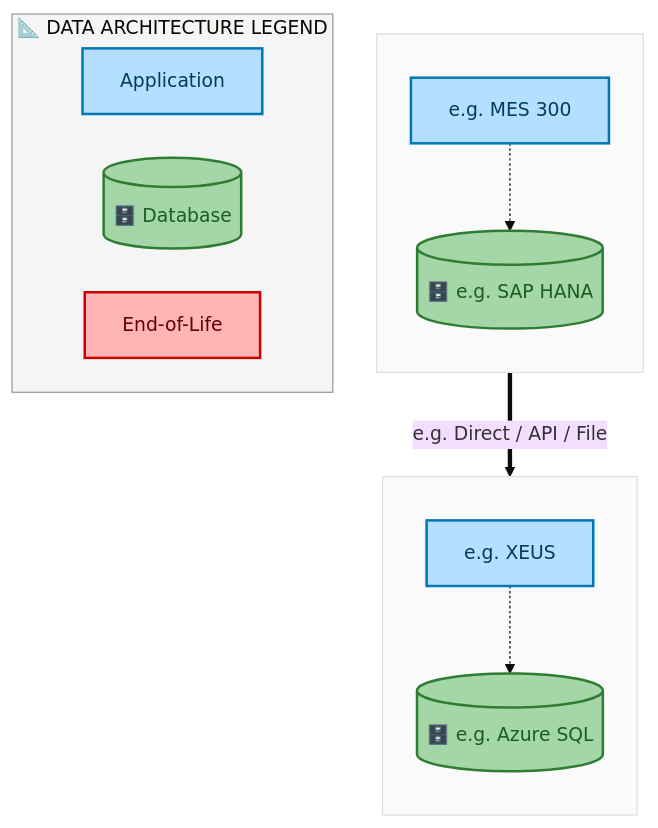
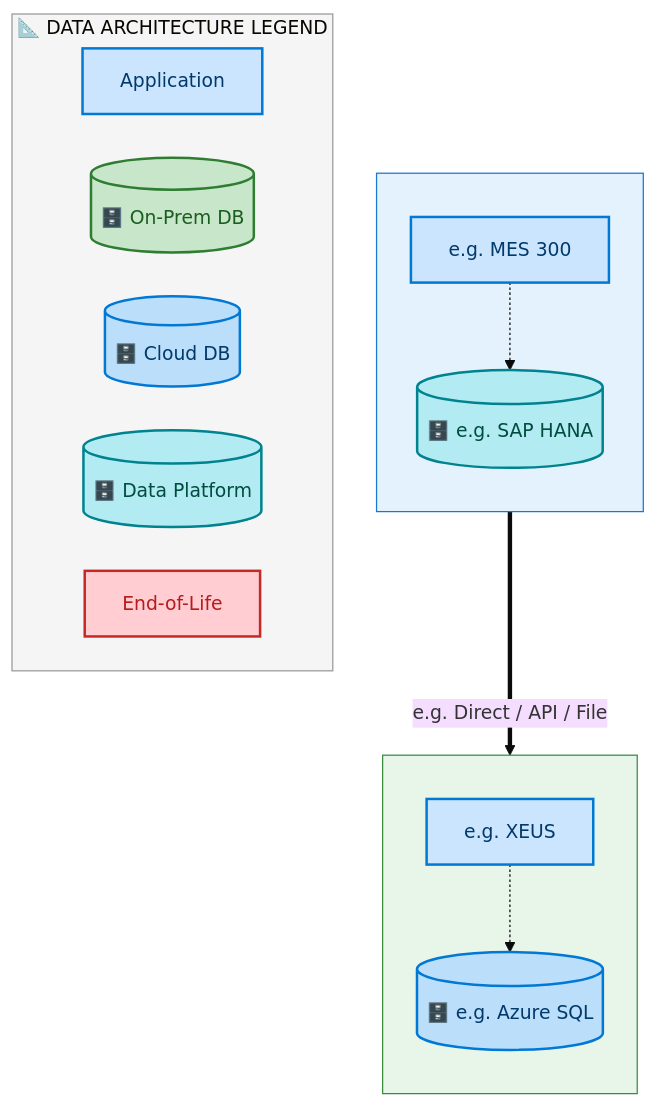
Before and after one commit to sajivfrancis777/IAO-Architecture: the fifth of 10 diagrams in towers/E2E/Forecast to Stock/E2E-76/output/docs/systems-architecture/E2E-76-Architecture.md, drawn with Mermaid. The commit also changed other lines of this file and 394 other files, not shown here.

First line of the commit message:
feat: structured layer ordering for Mermaid architecture diagrams

````diff
--- a/towers/E2E/Forecast to Stock/E2E-76/output/docs/systems-architecture/E2E-76-Architecture.md
+++ b/towers/E2E/Forecast to Stock/E2E-76/output/docs/systems-architecture/E2E-76-Architecture.md
@@ -873,33 +869,37 @@
 ```mermaid
 %%{init: {"theme": "base", "securityLevel": "loose", "themeVariables": {"fontSize": "15px", "fontFamily": "Segoe UI, Arial"}, "flowchart": {"useMaxWidth": false, "htmlLabels": true, "nodeSpacing": 35, "rankSpacing": 45}} }%%
 flowchart TB
-    classDef appBox fill:#B5DFFF,stroke:#0077B6,stroke-width:2px,color:#003D5B
-    classDef dbCyl fill:#A5D6A7,stroke:#2E7D32,stroke-width:2px,color:#1B5E20
-    classDef eolBox fill:#FFB5B5,stroke:#CC0000,stroke-width:2px,color:#660000
+    classDef appBox fill:#CCE5FF,stroke:#0078D4,stroke-width:2px,color:#003A6C
+    classDef dbCyl fill:#C8E6C9,stroke:#2E7D32,stroke-width:2px,color:#1B5E20
+    classDef dbCloud fill:#BBDEFB,stroke:#0078D4,stroke-width:2px,color:#003A6C
+    classDef dbData fill:#B2EBF2,stroke:#00838F,stroke-width:2px,color:#004D40
+    classDef eolBox fill:#FFCDD2,stroke:#C62828,stroke-width:2px,color:#B71C1C
 
     subgraph E2E76CDACL_e_g_Azure_SQL[" "]
         direction TB
         E2E76CDAA_e_g_XEUS["e.g. XEUS"]:::appBox
-        E2E76CDAD_e_g_Azure_SQL[("🗄️ e.g. Azure SQL")]:::dbCyl
+        E2E76CDAD_e_g_Azure_SQL[("🗄️ e.g. Azure SQL")]:::dbCloud
         E2E76CDAA_e_g_XEUS -.-> E2E76CDAD_e_g_Azure_SQL
     end
-    style E2E76CDACL_e_g_Azure_SQL fill:#FAFAFA,stroke:#E0E0E0,stroke-width:1px
+    style E2E76CDACL_e_g_Azure_SQL fill:#E8F5E9,stroke:#388E3C,stroke-width:1px
 
     subgraph E2E76CDACL_e_g_SAP_HANA[" "]
         direction TB
         E2E76CDAA_e_g_MES_300["e.g. MES 300"]:::appBox
-        E2E76CDAD_e_g_SAP_HANA[("🗄️ e.g. SAP HANA")]:::dbCyl
+        E2E76CDAD_e_g_SAP_HANA[("🗄️ e.g. SAP HANA")]:::dbData
         E2E76CDAA_e_g_MES_300 -.-> E2E76CDAD_e_g_SAP_HANA
     end
-    style E2E76CDACL_e_g_SAP_HANA fill:#FAFAFA,stroke:#E0E0E0,stroke-width:1px
+    style E2E76CDACL_e_g_SAP_HANA fill:#E3F2FD,stroke:#1976D2,stroke-width:1px
 
     E2E76CDAD_e_g_SAP_HANA ==>|"e.g. Direct / API / File"| E2E76CDAD_e_g_Azure_SQL
 
     subgraph Legend["📐 DATA ARCHITECTURE LEGEND"]
         direction LR
         L_A["Application"]:::appBox
-        L_D[("🗄️ Database")]:::dbCyl
+        L_D[("🗄️ On-Prem DB")]:::dbCyl
+        L_DC[("🗄️ Cloud DB")]:::dbCloud
+        L_DD[("🗄️ Data Platform")]:::dbData
         L_E["End-of-Life"]:::eolBox
     end
     style Legend fill:#F5F5F5,stroke:#999,stroke-width:1px
 ```
````
